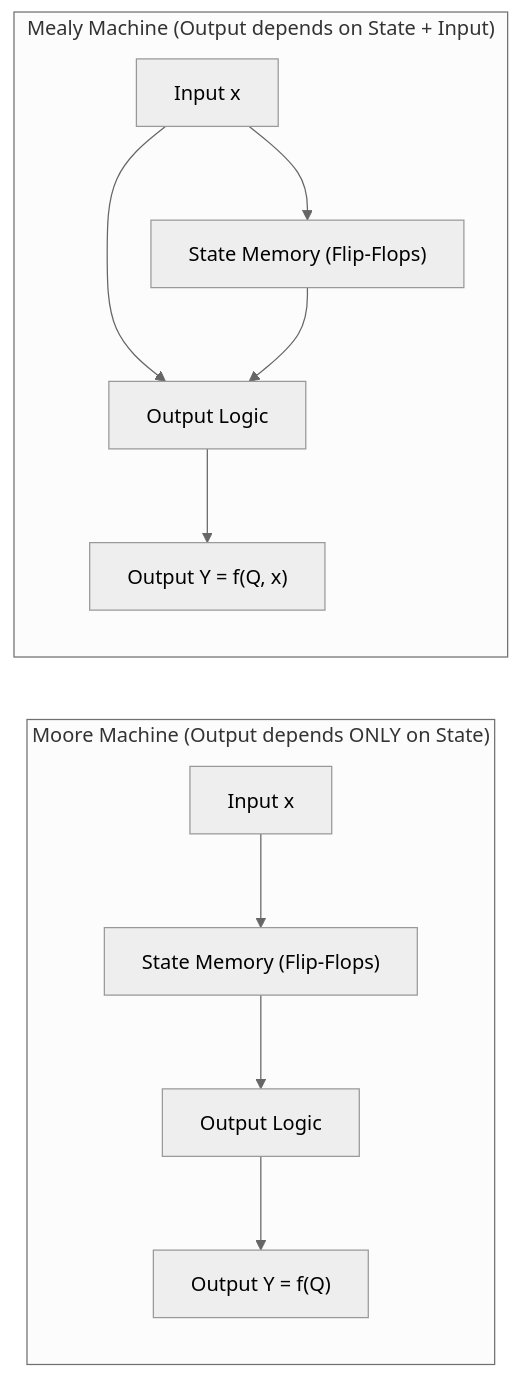
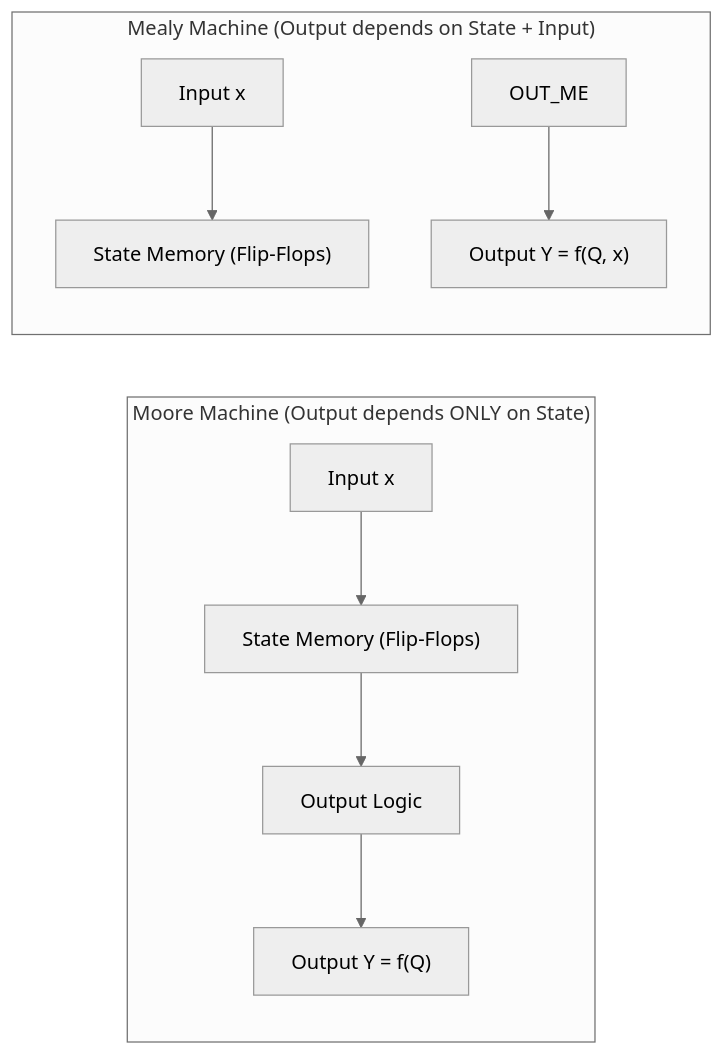
The sixth of 9 diagrams in DLD/notes/cat2/cat2-hots-module4-registers-counters-fsm.md (AnkitSinghGTHB/Fall2627), drawn with Mermaid (neutral theme) before and after one commit. The commit also changed other lines of this file and 1 other file, not shown here.

````diff
--- a/DLD/notes/cat2/cat2-hots-module4-registers-counters-fsm.md
+++ b/DLD/notes/cat2/cat2-hots-module4-registers-counters-fsm.md
@@ -170,15 +170,13 @@
 ```mermaid
 graph LR
     subgraph Moore_Arch ["Moore Machine (Output depends ONLY on State)"]
     IN_M["Input x"] --> MEM_M["State Memory (Flip-Flops)"]
     MEM_M --> OUT_M["Output Logic"]
     OUT_M --> Y_M["Output Y = f(Q)"]
     end
 
     subgraph Mealy_Arch ["Mealy Machine (Output depends on State + Input)"]
     IN_ME["Input x"] --> MEM_ME["State Memory (Flip-Flops)"]
-    IN_ME --> OUT_ME["Output Logic"]
-    MEM_ME --> OUT_ME
     OUT_ME --> Y_ME["Output Y = f(Q, x)"]
     end
 ```
````
